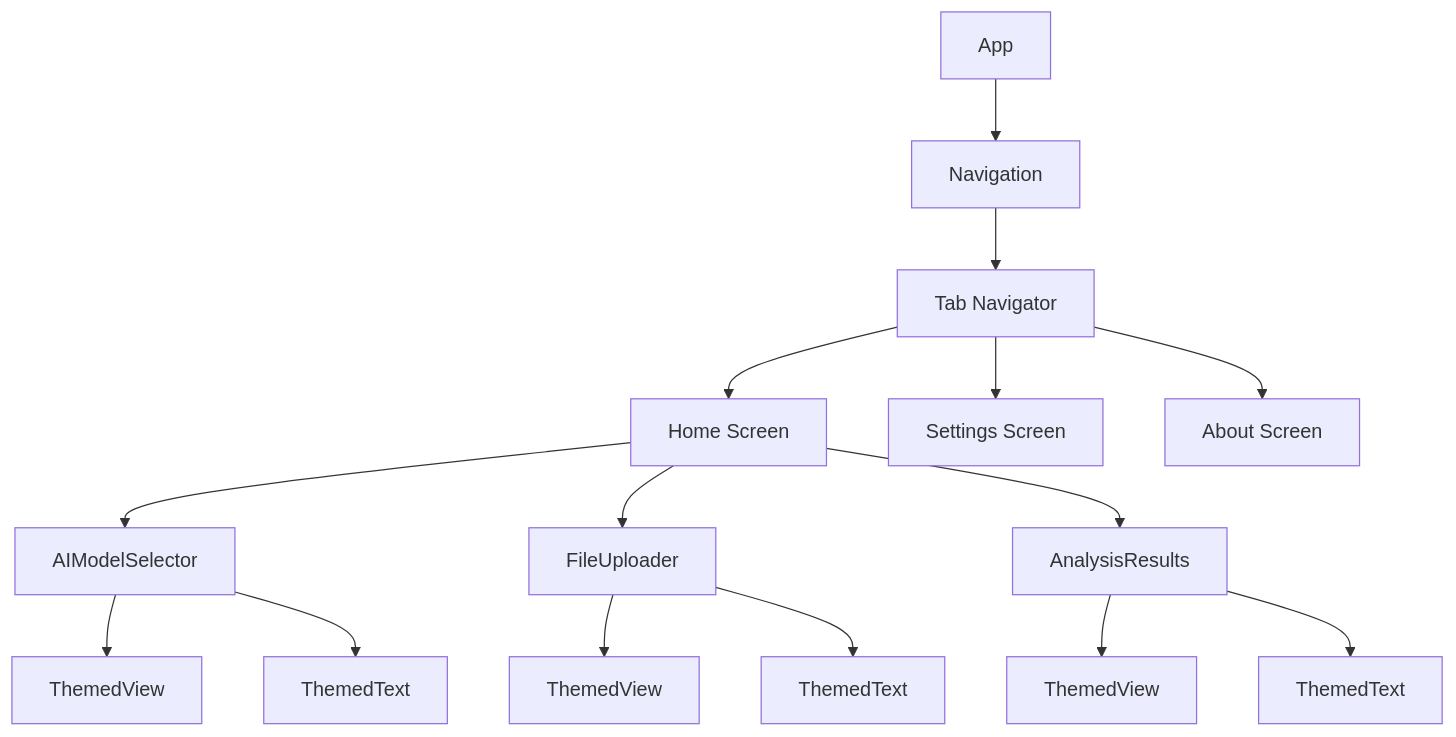
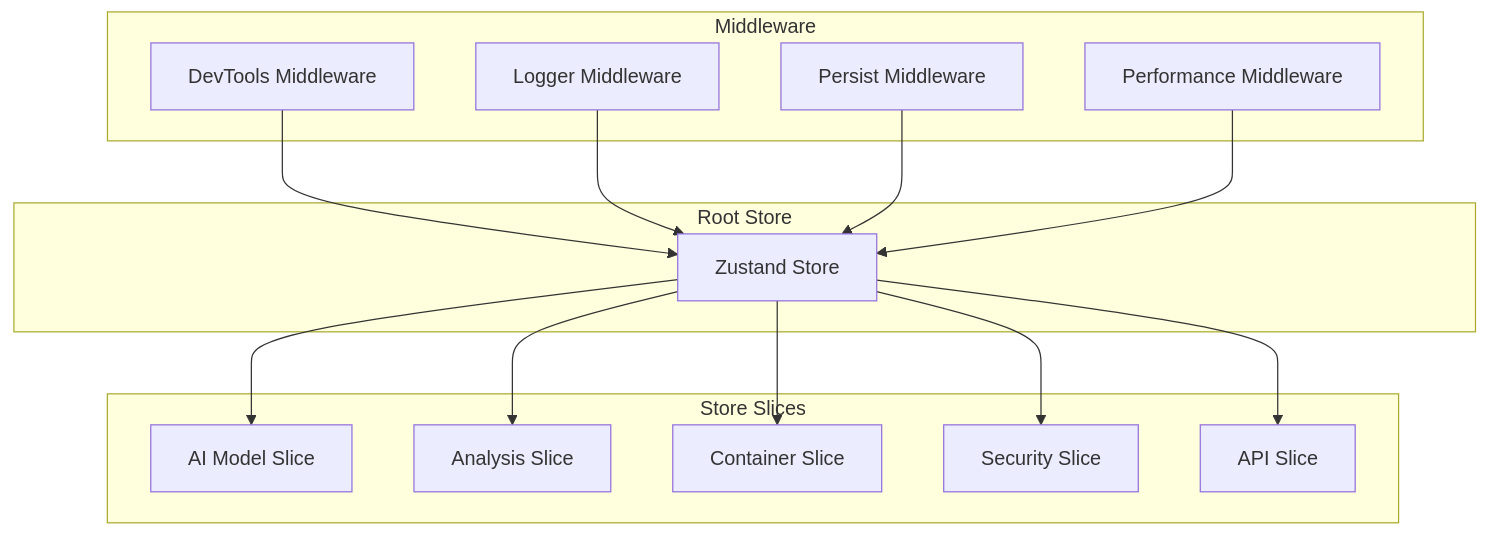
Before and after one commit to radicalkjax/Athena: the eighth of 24 diagrams in docs/ARCHITECTURE.md, drawn with Mermaid. The commit also changed other lines of this file and 94 other files, not shown here.

````diff
--- a/docs/ARCHITECTURE.md
+++ b/docs/ARCHITECTURE.md
@@ -243,21 +325,32 @@
 ```mermaid
-flowchart TD
-    A[App] --> B[Navigation]
-    B --> C[Tab Navigator]
-    C --> D[Home Screen]
-    C --> E[Settings Screen]
-    C --> F[About Screen]
+graph TB
+    subgraph "Root Store"
+        Store[Zustand Store]
+    end
     
-    D --> G[AIModelSelector]
-    D --> H[FileUploader]
-    D --> I[AnalysisResults]
+    subgraph "Store Slices"
+        AISlice[AI Model Slice]
+        AnalysisSlice[Analysis Slice]
+        ContainerSlice[Container Slice]
+        SecuritySlice[Security Slice]
+        APISlice[API Slice]
+    end
     
-    G --> G1[ThemedView]
-    G --> G2[ThemedText]
+    subgraph "Middleware"
+        DevTools[DevTools Middleware]
+        Logger[Logger Middleware]
+        Persist[Persist Middleware]
+        Performance[Performance Middleware]
+    end
     
-    H --> H1[ThemedView]
-    H --> H2[ThemedText]
+    Store --> AISlice
+    Store --> AnalysisSlice
+    Store --> ContainerSlice
+    Store --> SecuritySlice
+    Store --> APISlice
     
-    I --> I1[ThemedView]
-    I --> I2[ThemedText]
+    DevTools --> Store
+    Logger --> Store
+    Persist --> Store
+    Performance --> Store
 ```
````
